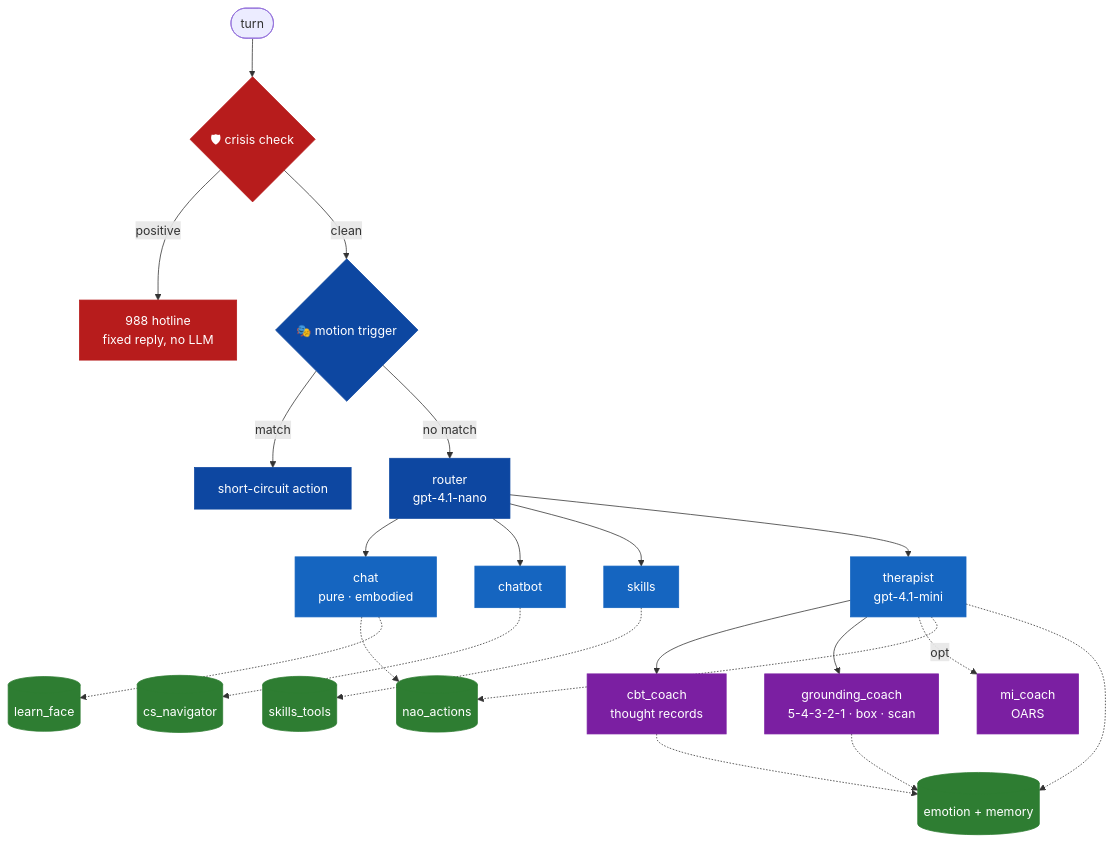
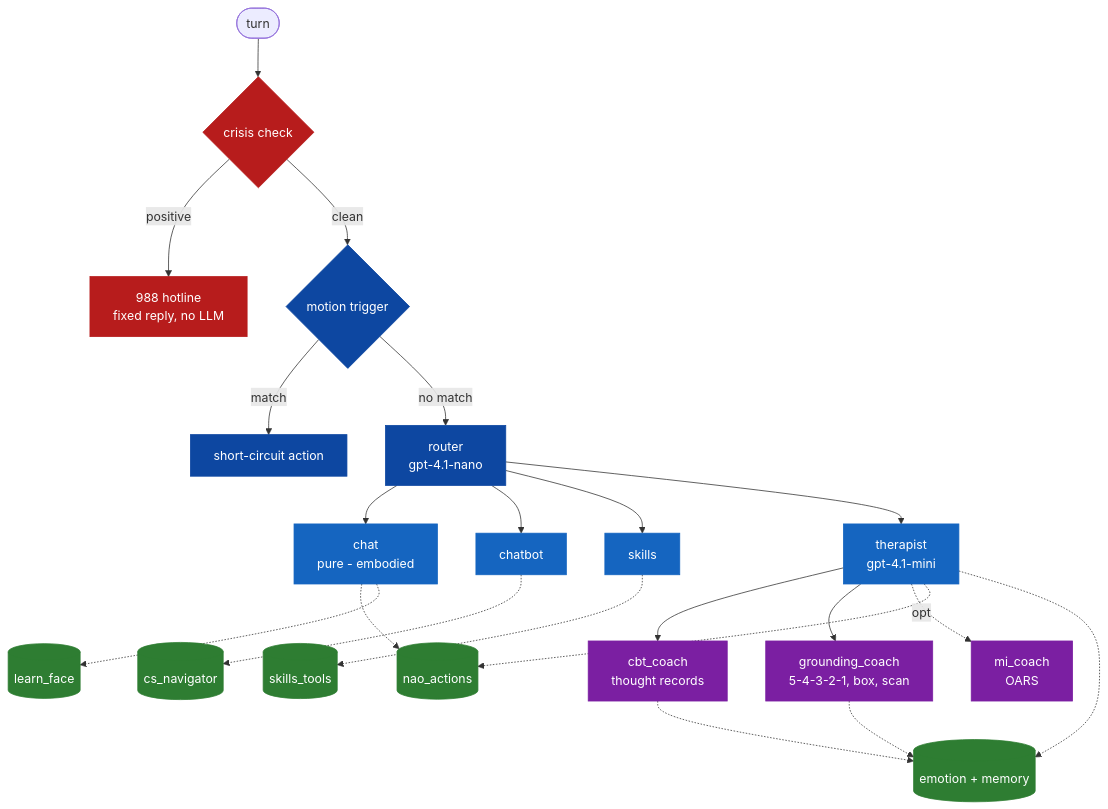
Before and after one commit to theaayushstha1/Nao-OpenAI-Morgan-Assist: the third of 8 diagrams in README.md, drawn with Mermaid. The commit also changed other lines of this file, not shown here.

First line of the commit message:
README: zero emojis, fix mermaid parse error in voice/mic lifecycle

````diff
--- a/README.md
+++ b/README.md
@@ -141,29 +143,29 @@
 ```mermaid
 graph TD
     classDef gate fill:#b71c1c,stroke:#b71c1c,color:#fff
     classDef route fill:#0d47a1,stroke:#0d47a1,color:#fff
     classDef spec fill:#1565c0,stroke:#1565c0,color:#fff
     classDef sub fill:#7b1fa2,stroke:#7b1fa2,color:#fff
     classDef tool fill:#2e7d32,stroke:#2e7d32,color:#fff
 
-    T([turn]) --> CG{🛡 crisis check}:::gate
+    T([turn]) --> CG{crisis check}:::gate
     CG -- positive --> H[988 hotline<br/>fixed reply, no LLM]:::gate
-    CG -- clean --> MT{🎭 motion trigger}:::route
+    CG -- clean --> MT{motion trigger}:::route
     MT -- match --> ACT[short-circuit action]:::route
     MT -- no match --> R[router<br/>gpt-4.1-nano]:::route
 
-    R --> CH[chat<br/>pure · embodied]:::spec
+    R --> CH[chat<br/>pure - embodied]:::spec
     R --> CB[chatbot]:::spec
     R --> SK[skills]:::spec
     R --> TH[therapist<br/>gpt-4.1-mini]:::spec
 
     TH --> CBT[cbt_coach<br/>thought records]:::sub
-    TH --> GR[grounding_coach<br/>5-4-3-2-1 · box · scan]:::sub
+    TH --> GR[grounding_coach<br/>5-4-3-2-1, box, scan]:::sub
     TH -. opt .-> MI[mi_coach<br/>OARS]:::sub
 
     CH & TH -.-> NA[(nao_actions)]:::tool
     CB -.-> CSN[(cs_navigator)]:::tool
     SK -.-> ST[(skills_tools)]:::tool
     TH & CBT & GR -.-> EM[(emotion + memory)]:::tool
     CH -.-> LF[(learn_face)]:::tool
 ```
````
